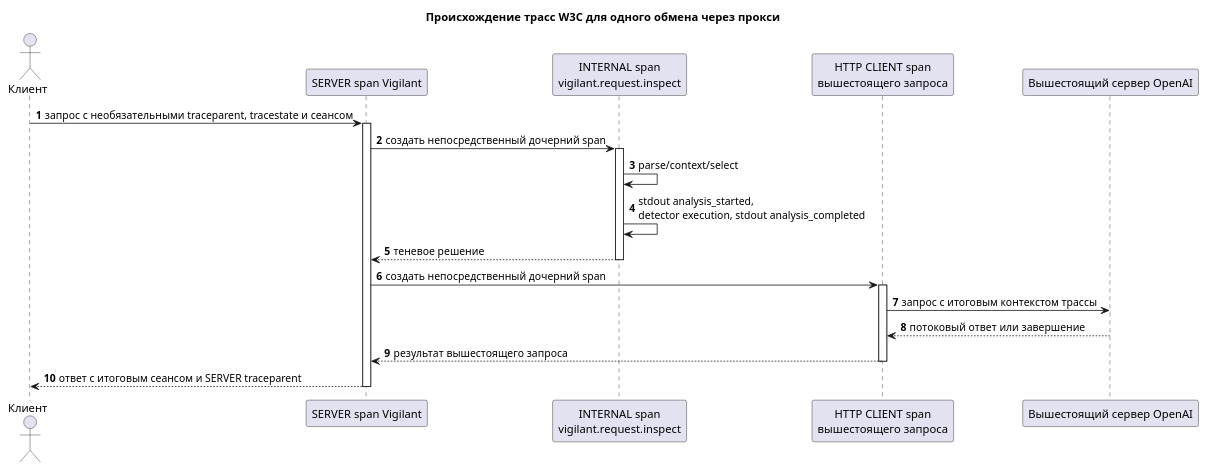
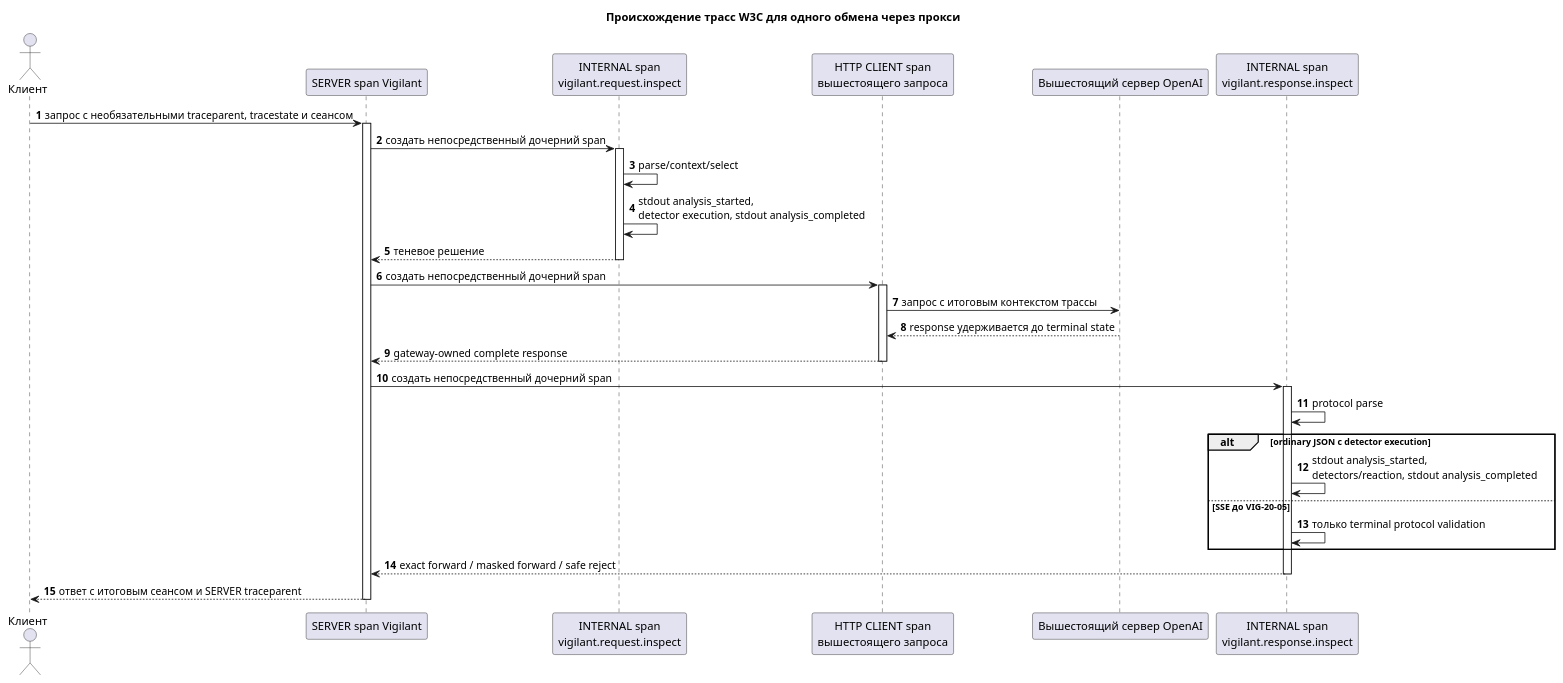
The diagram in docs/diagrams/tracing-sequence.puml (finnetrolle/vigilant), drawn with PlantUML before and after one commit. The commit also changed 39 other files, not shown here.

```diff
--- a/docs/diagrams/tracing-sequence.puml
+++ b/docs/diagrams/tracing-sequence.puml
@@ -1,27 +1,38 @@
 @startuml
 title Происхождение трасс W3C для одного обмена через прокси
 autonumber
 
 actor "Клиент" as Client
 participant "SERVER span Vigilant" as Server
-participant "INTERNAL span\nvigilant.request.inspect" as Inspect
+participant "INTERNAL span\nvigilant.request.inspect" as RequestInspect
 participant "HTTP CLIENT span\nвышестоящего запроса" as UpstreamSpan
 participant "Вышестоящий сервер OpenAI" as Upstream
+participant "INTERNAL span\nvigilant.response.inspect" as ResponseInspect
 
 Client -> Server : запрос с необязательными traceparent, tracestate и сеансом
 activate Server
-Server -> Inspect : создать непосредственный дочерний span
-activate Inspect
-Inspect -> Inspect : parse/context/select
-Inspect -> Inspect : stdout analysis_started,\ndetector execution, stdout analysis_completed
-Inspect --> Server : теневое решение
-deactivate Inspect
+Server -> RequestInspect : создать непосредственный дочерний span
+activate RequestInspect
+RequestInspect -> RequestInspect : parse/context/select
+RequestInspect -> RequestInspect : stdout analysis_started,\ndetector execution, stdout analysis_completed
+RequestInspect --> Server : теневое решение
+deactivate RequestInspect
 Server -> UpstreamSpan : создать непосредственный дочерний span
 activate UpstreamSpan
 UpstreamSpan -> Upstream : запрос с итоговым контекстом трассы
-Upstream --> UpstreamSpan : потоковый ответ или завершение
-UpstreamSpan --> Server : результат вышестоящего запроса
+Upstream --> UpstreamSpan : response удерживается до terminal state
+UpstreamSpan --> Server : gateway-owned complete response
 deactivate UpstreamSpan
+Server -> ResponseInspect : создать непосредственный дочерний span
+activate ResponseInspect
+ResponseInspect -> ResponseInspect : protocol parse
+alt ordinary JSON с detector execution
+  ResponseInspect -> ResponseInspect : stdout analysis_started,\ndetectors/reaction, stdout analysis_completed
+else SSE до VIG-20-05
+  ResponseInspect -> ResponseInspect : только terminal protocol validation
+end
+ResponseInspect --> Server : exact forward / masked forward / safe reject
+deactivate ResponseInspect
 Server --> Client : ответ с итоговым сеансом и SERVER traceparent
 deactivate Server
 @enduml
```
